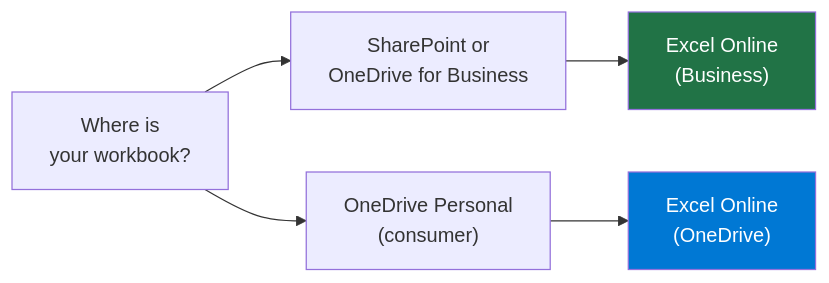
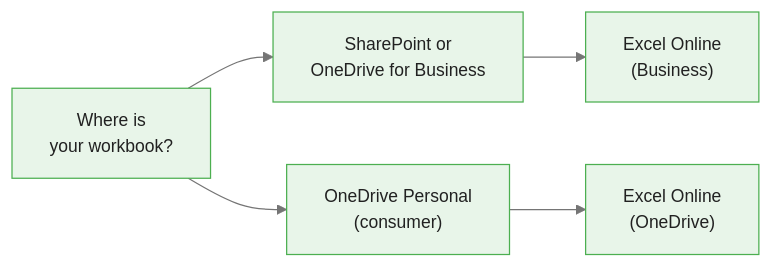
Before and after one commit to m-deane/course-creator: the second of 7 diagrams in courses/power-automate/modules/module_05_sharepoint_excel/guides/02_excel_integration_slides.md, drawn with Mermaid. The commit also changed other lines of this file and 72 other files, not shown here.

````diff
--- a/courses/power-automate/modules/module_05_sharepoint_excel/guides/02_excel_integration_slides.md
+++ b/courses/power-automate/modules/module_05_sharepoint_excel/guides/02_excel_integration_slides.md
@@ -59,10 +62,9 @@
 ```mermaid
+%%{init: {"theme": "base", "themeVariables": {"primaryColor": "#e8f5e9", "primaryBorderColor": "#4caf50", "primaryTextColor": "#212121", "secondaryColor": "#e3f2fd", "tertiaryColor": "#fff8e1", "lineColor": "#757575", "fontFamily": "Inter, sans-serif", "fontSize": "14px"}}}%%
 graph LR
     Q["Where is\nyour workbook?"]
     Q --> A["SharePoint or\nOneDrive for Business"]
     Q --> B["OneDrive Personal\n(consumer)"]
     A --> C["Excel Online\n(Business)"]
     B --> D["Excel Online\n(OneDrive)"]
-    style C fill:#217346,color:#fff
-    style D fill:#0078D4,color:#fff
 ```
````
